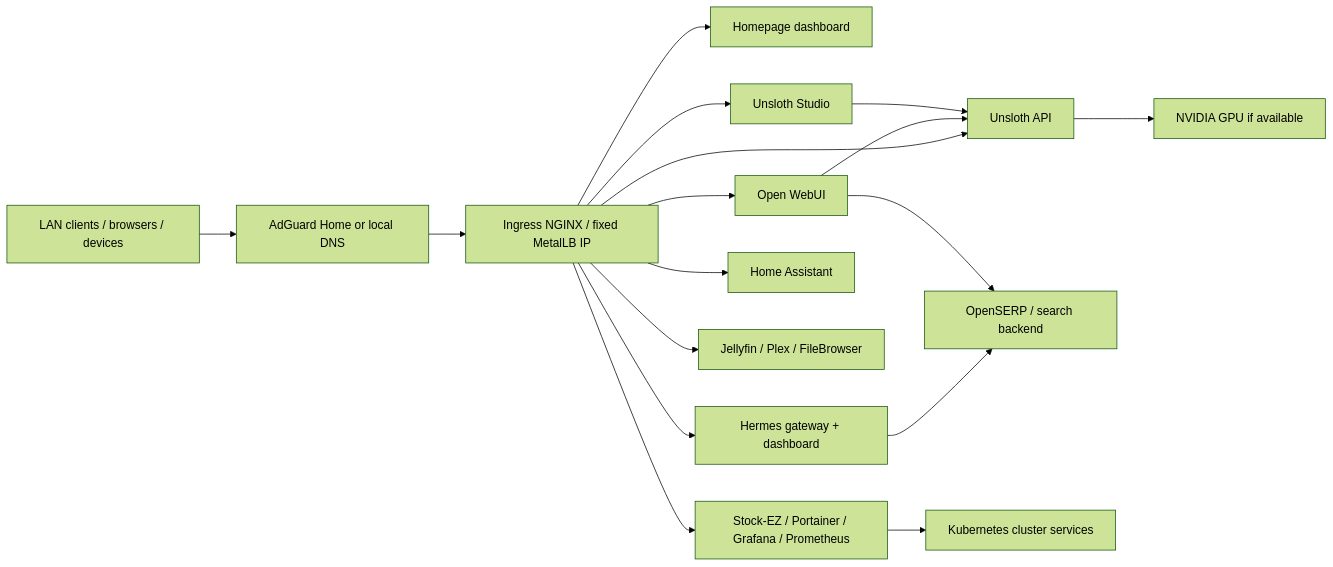
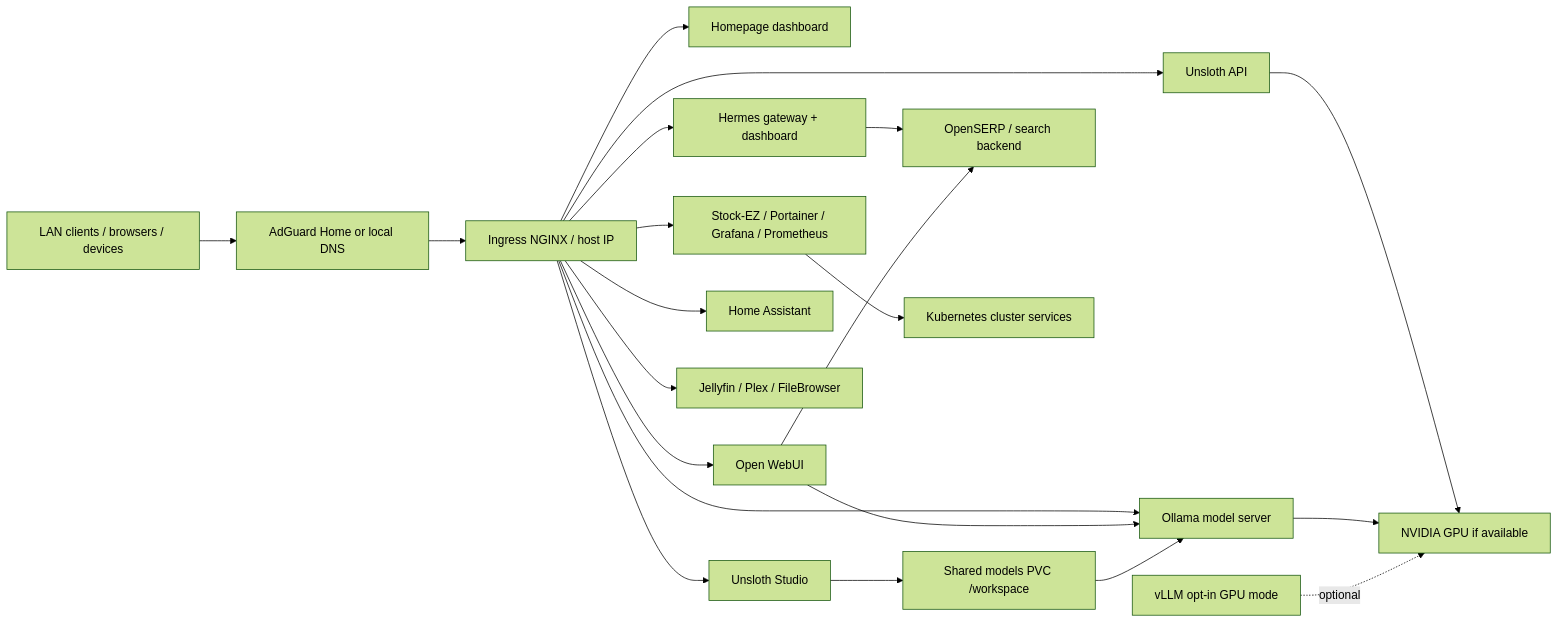
One commit to SushritPasupuleti/homelab changed the diagram in README.md. Above: the diagram before and after it, drawn with Mermaid (forest theme). The commit also changed other lines of this file and 16 other files, not shown here.

````diff
--- a/README.md
+++ b/README.md
@@ -7,20 +7,24 @@
 ```mermaid
 flowchart LR
     User[LAN clients / browsers / devices] --> DNS[AdGuard Home or local DNS]
-    DNS --> Ingress[Ingress NGINX / fixed MetalLB IP]
+    DNS --> Ingress[Ingress NGINX / host IP]
     Ingress --> Dashboard[Homepage dashboard]
     Ingress --> WebUI[Open WebUI]
     Ingress --> UnslothAPI[Unsloth API]
     Ingress --> UnslothStudio[Unsloth Studio]
+    Ingress --> Ollama[Ollama model server]
     Ingress --> Hermes[Hermes gateway + dashboard]
     Ingress --> HA[Home Assistant]
     Ingress --> Media[Jellyfin / Plex / FileBrowser]
     Ingress --> Apps[Stock-EZ / Portainer / Grafana / Prometheus]
 
-    WebUI --> UnslothAPI
-    UnslothStudio --> UnslothAPI
+    WebUI --> Ollama
+    UnslothStudio --> SharedModel[Shared models PVC /workspace]
+    SharedModel --> Ollama
     Hermes --> OpenSERP[OpenSERP / search backend]
     WebUI --> OpenSERP
     UnslothAPI --> GPU[NVIDIA GPU if available]
+    Ollama --> GPU
+    vLLM[vLLM opt-in GPU mode] -. optional .-> GPU
     Apps --> K8s[Kubernetes cluster services]
 ```
````
